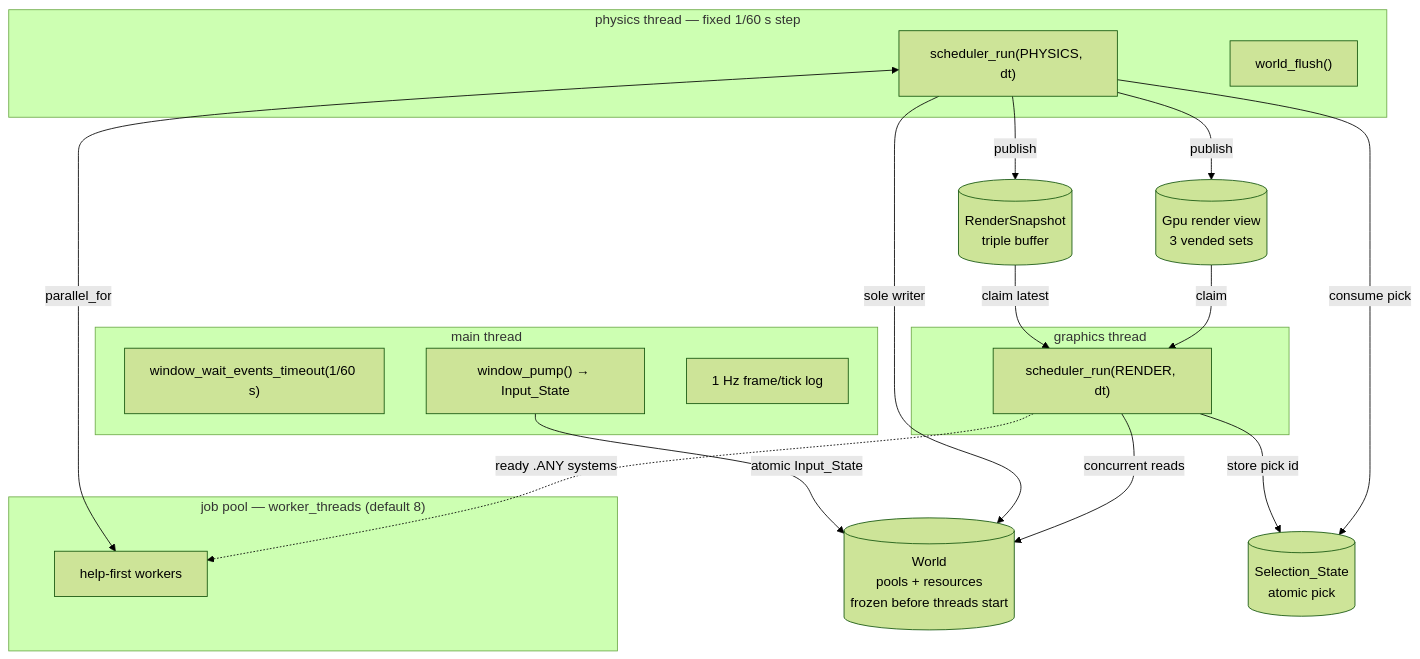
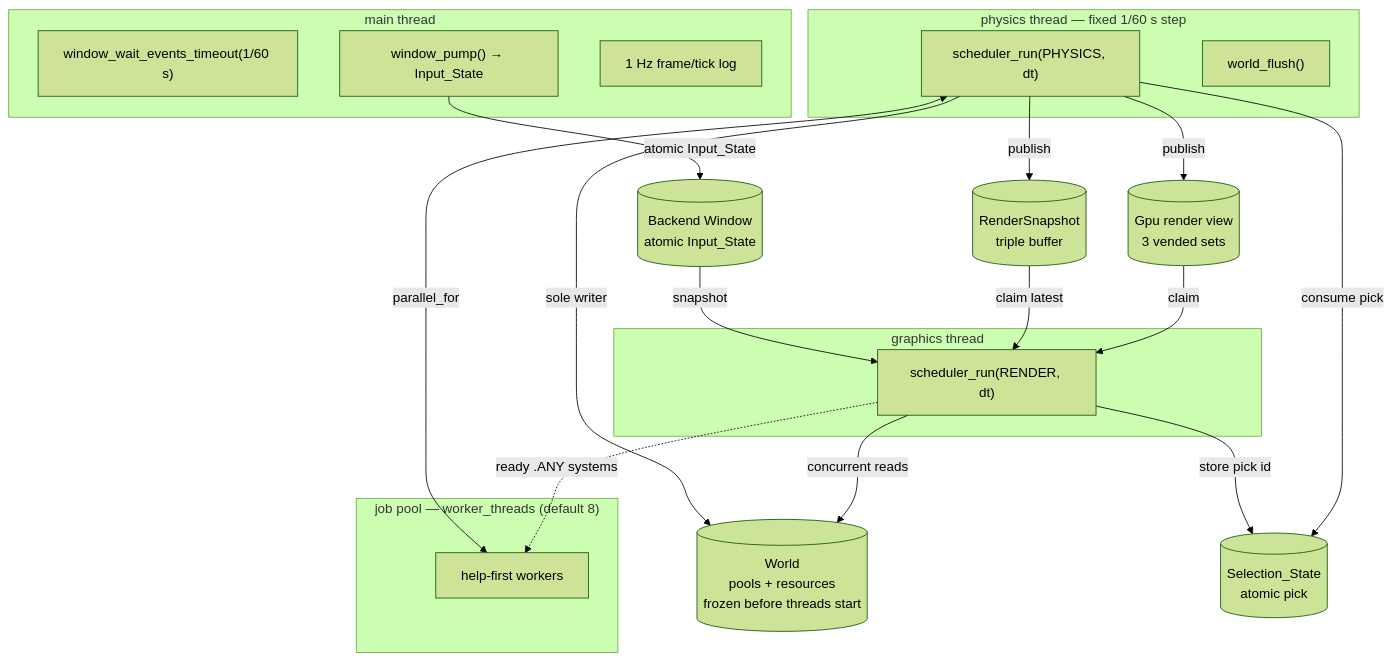
The third of 7 diagrams in docs/architecture.md (TanukiConDos/Gravity-Simulator), drawn with Mermaid (forest theme) before and after one commit. The commit also changed other lines of this file and 8 other files, not shown here.

First line of the commit message:
docs: document the graphics front/backend split and add a layering guard

````diff
--- a/docs/architecture.md
+++ b/docs/architecture.md
@@ -82,38 +95,40 @@
 ```mermaid
 flowchart TB
     subgraph Main["main thread"]
         ev["window_wait_events_timeout(1/60 s)"]
         pump["window_pump() → Input_State"]
         log["1 Hz frame/tick log"]
     end
 
     subgraph Phys["physics thread — fixed 1/60 s step"]
         psched["scheduler_run(PHYSICS, dt)"]
         flush["world_flush()"]
     end
 
     subgraph Gfx["graphics thread"]
         rsched["scheduler_run(RENDER, dt)"]
     end
 
     subgraph Pool["job pool — worker_threads (default 8)"]
         workers["help-first workers"]
     end
 
     world[("World<br/>pools + resources<br/>frozen before threads start")]
+    win[("Backend Window<br/>atomic Input_State")]
     snap[("RenderSnapshot<br/>triple buffer")]
     render_view[("Gpu render view<br/>3 vended sets")]
     pick[("Selection_State<br/>atomic pick")]
 
-    pump -->|"atomic Input_State"| world
+    pump -->|"atomic Input_State"| win
+    win -->|"snapshot"| rsched
     psched -->|"sole writer"| world
     psched -->|"publish"| snap
     rsched -->|"concurrent reads"| world
     snap -->|"claim latest"| rsched
     rsched -->|"store pick id"| pick
     psched -->|"consume pick"| pick
     psched <-->|"parallel_for"| workers
     rsched -.->|"ready .ANY systems"| workers
     psched -->|"publish"| render_view
     render_view -->|"claim"| rsched
 ```
````
